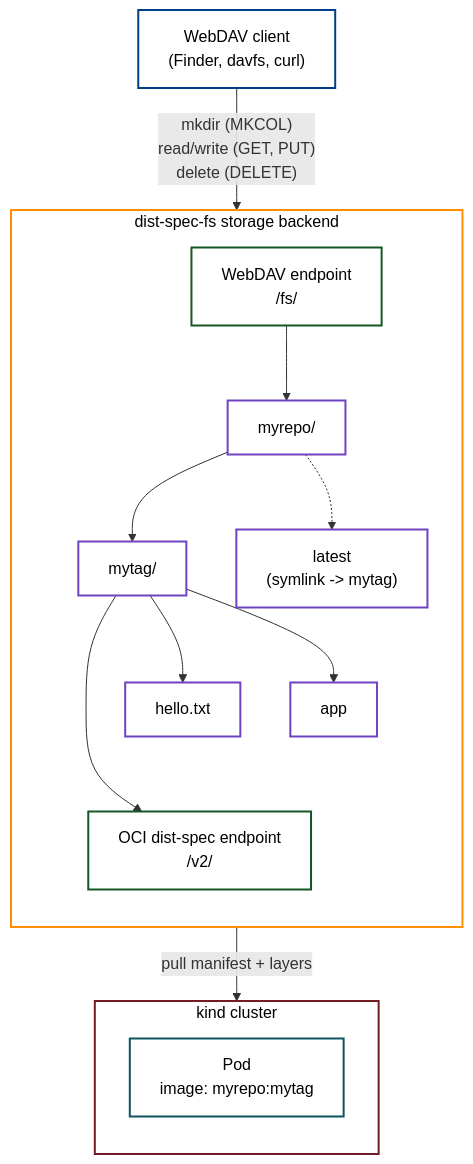
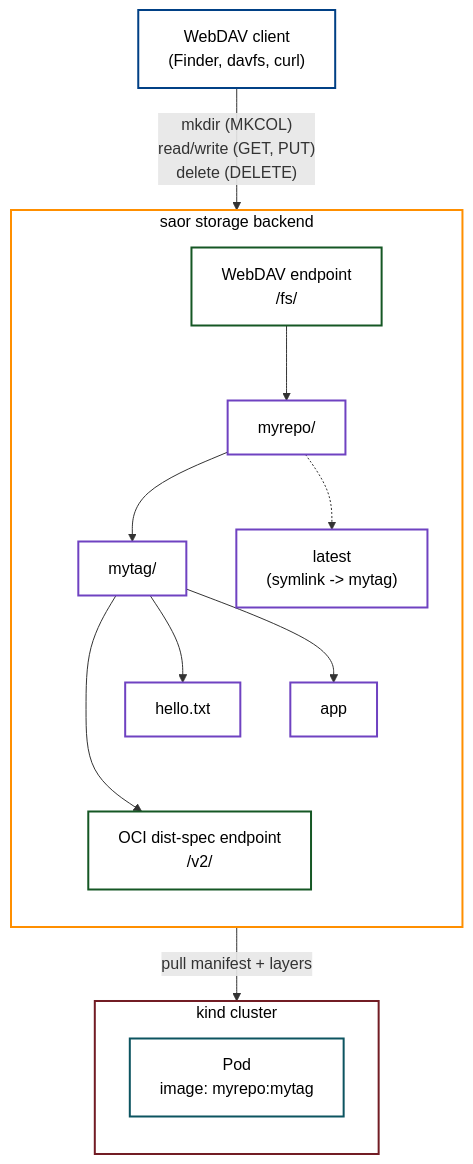
The diagram in README.md (rchincha/dist-spec-fs), drawn with Mermaid before and after one commit. The commit also changed other lines of this file and 15 other files, not shown here.

Commit message:
refactor: rename dist-spec-fs to saor project-wide

````diff
--- a/README.md
+++ b/README.md
@@ -9,44 +9,44 @@
 ```mermaid
 flowchart TB
     Client["WebDAV client\n(Finder, davfs, curl)"]
 
-    subgraph Storage["dist-spec-fs storage backend"]
+    subgraph Storage["saor storage backend"]
         direction TB
         WebDAVEndpoint["WebDAV endpoint\n/fs/"]
         Repo["myrepo/"]
         Tag["mytag/"]
         Latest["latest\n(symlink -> mytag)"]
         File1["hello.txt"]
         File2["app"]
         OCIEndpoint["OCI dist-spec endpoint\n/v2/"]
 
         WebDAVEndpoint --> Repo
         Repo --> Tag
         Repo -.-> Latest
         Tag --> File1
         Tag --> File2
         Tag --> OCIEndpoint
         File1 ~~~ OCIEndpoint
         File2 ~~~ OCIEndpoint
     end
 
     subgraph KindCluster["kind cluster"]
         direction TB
         Pod["Pod\nimage: myrepo:mytag"]
     end
 
     Client -- "mkdir (MKCOL)\nread/write (GET, PUT)\ndelete (DELETE)" --> WebDAVEndpoint
     OCIEndpoint -- "pull manifest + layers" --> Pod
 
     style Client fill:#ffffff,color:#000000,stroke:#004085,stroke-width:2px
     style Storage fill:#ffffff,color:#000000,stroke:#ff8f00,stroke-width:2px
     style WebDAVEndpoint fill:#ffffff,color:#000000,stroke:#155724,stroke-width:2px
     style OCIEndpoint fill:#ffffff,color:#000000,stroke:#155724,stroke-width:2px
     style KindCluster fill:#ffffff,color:#000000,stroke:#721c24,stroke-width:2px
     style Pod fill:#ffffff,color:#000000,stroke:#0c5460,stroke-width:2px
     style Repo fill:#ffffff,color:#000000,stroke:#6f42c1,stroke-width:2px
     style Tag fill:#ffffff,color:#000000,stroke:#6f42c1,stroke-width:2px
     style Latest fill:#ffffff,color:#000000,stroke:#6f42c1,stroke-width:2px
     style File1 fill:#ffffff,color:#000000,stroke:#6f42c1,stroke-width:2px
     style File2 fill:#ffffff,color:#000000,stroke:#6f42c1,stroke-width:2px
 ```
````
